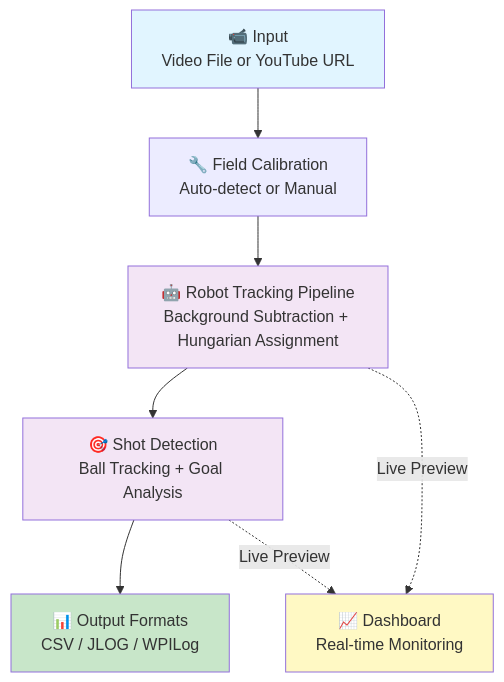
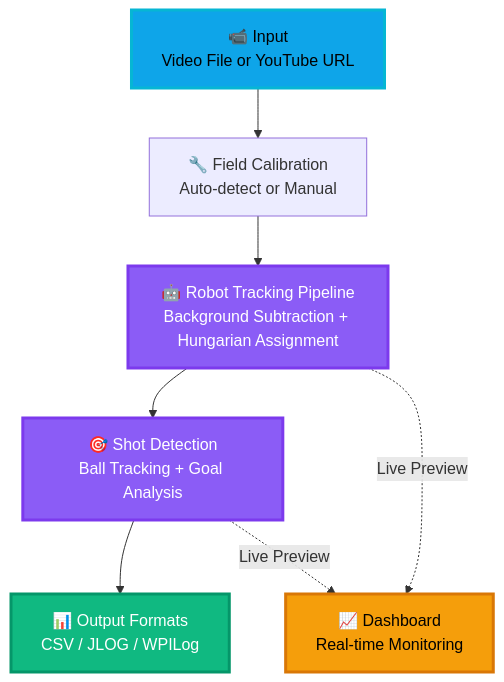
Before and after one commit to ALeaf21/LearningJuiceAutoScout: the first of 13 diagrams in docs/SYSTEM_ARCHITECTURE.md, drawn with Mermaid. The commit also changed other lines of this file and 1 other file, not shown here.

Commit message:
doc updated for dark theme

````diff
--- a/docs/SYSTEM_ARCHITECTURE.md
+++ b/docs/SYSTEM_ARCHITECTURE.md
@@ -7,22 +7,23 @@
 ```mermaid
+%%{init: {theme: 'dark'}}%%
 graph TB
     Input["📹 Input<br/>Video File or YouTube URL"]
     Calibration["🔧 Field Calibration<br/>Auto-detect or Manual"]
     Tracking["🤖 Robot Tracking Pipeline<br/>Background Subtraction + Hungarian Assignment"]
     ShotDetection["🎯 Shot Detection<br/>Ball Tracking + Goal Analysis"]
     Output["📊 Output Formats<br/>CSV / JLOG / WPILog"]
     Dashboard["📈 Dashboard<br/>Real-time Monitoring"]
     
     Input --> Calibration
     Calibration --> Tracking
     Tracking --> ShotDetection
     ShotDetection --> Output
     Tracking -.->|Live Preview| Dashboard
     ShotDetection -.->|Live Preview| Dashboard
     
-    style Input fill:#e1f5ff
-    style Output fill:#c8e6c9
-    style Dashboard fill:#fff9c4
-    style Tracking fill:#f3e5f5
-    style ShotDetection fill:#f3e5f5
+    style Input fill:#0ea5e9,stroke:#06b6d4,stroke-width:3px,color:#000
+    style Output fill:#10b981,stroke:#059669,stroke-width:3px,color:#fff
+    style Dashboard fill:#f59e0b,stroke:#d97706,stroke-width:3px,color:#000
+    style Tracking fill:#8b5cf6,stroke:#7c3aed,stroke-width:3px,color:#fff
+    style ShotDetection fill:#8b5cf6,stroke:#7c3aed,stroke-width:3px,color:#fff
 ```
````
